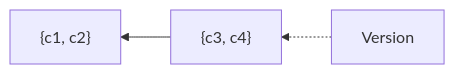
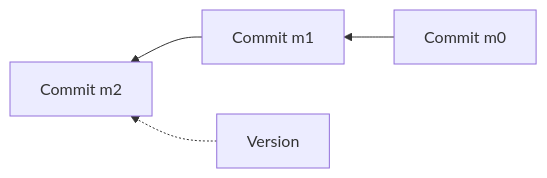
One commit to opral/monorepo changed the fourth of 6 diagrams in packages/lix/docs/docs/guide/architecture.md. Above: the diagram before and after it, drawn with Mermaid. The commit also changed other lines of this file, not shown here.

Commit message:
docs: enhance architecture documentation with clearer definitions and diagrams

````diff
--- a/packages/lix/docs/docs/guide/architecture.md
+++ b/packages/lix/docs/docs/guide/architecture.md
@@ -77,5 +87,5 @@
 ```mermaid
 graph RL
-    CSG2["{c3, c4}"] --> CSG1["{c1, c2}"]
-    V["Version"] -.-> CSG2
+    C0["Commit m0"] --> C1["Commit m1"] --> C2["Commit m2"]
+    V["Version"] -.-> C2
 ```
````
